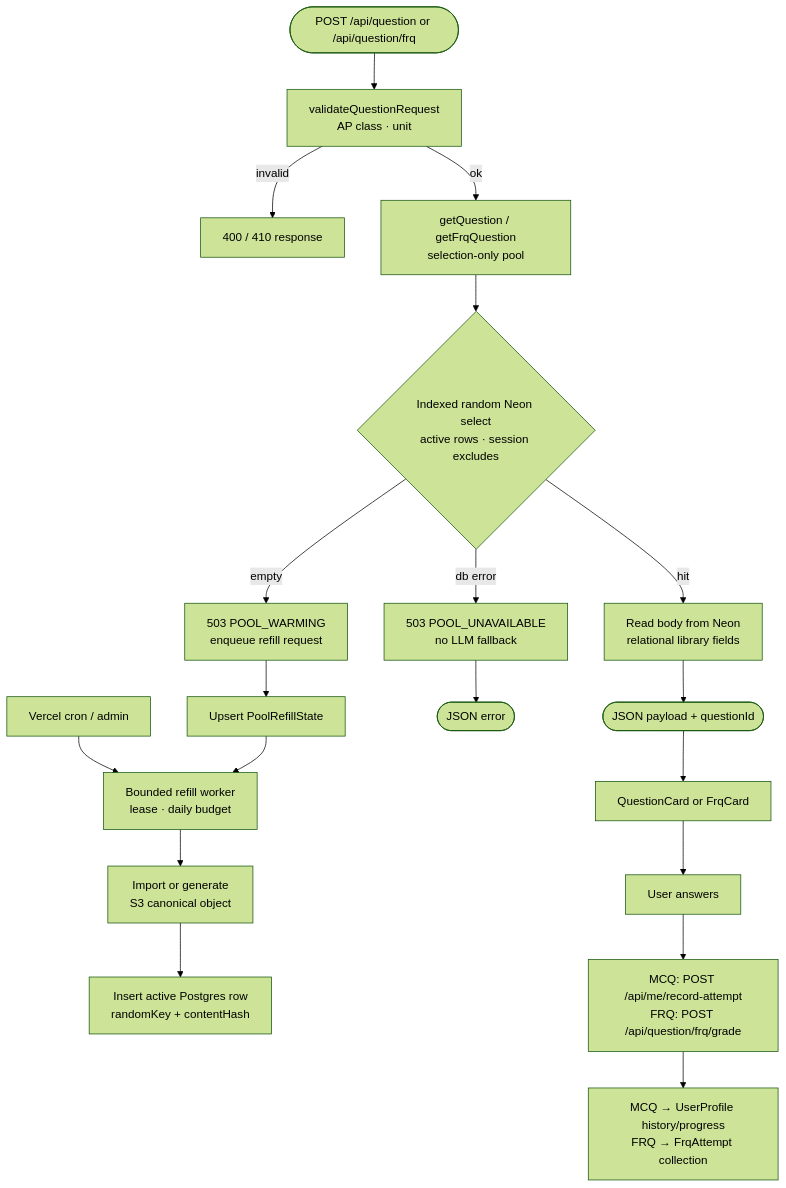
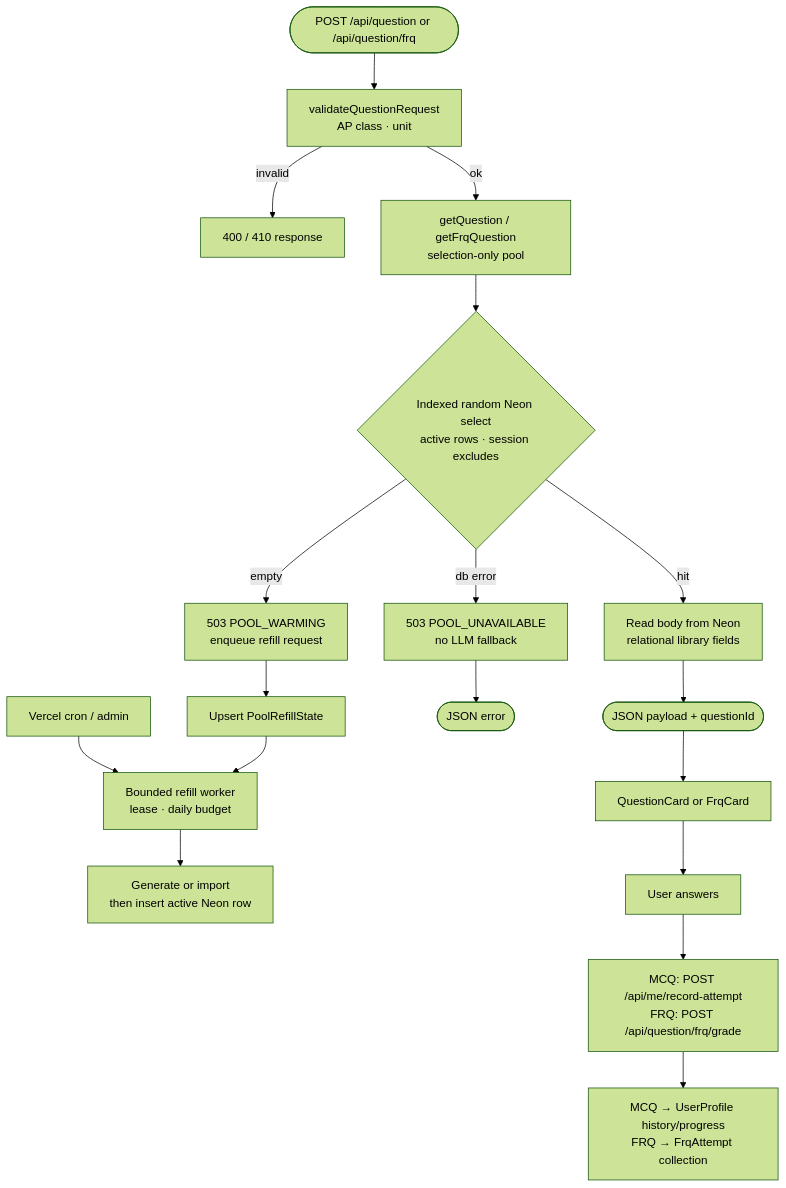
One commit to 5cisummai/freeappractice changed the fourth of 7 diagrams in docs/architecture.md. Above: the diagram before and after it, drawn with Mermaid (forest theme). The commit also changed other lines of this file and 36 other files, not shown here.

````diff
--- a/docs/architecture.md
+++ b/docs/architecture.md
@@ -188,25 +186,24 @@
 ```mermaid
 flowchart TD
     Start(["POST /api/question or /api/question/frq"]) --> Validate["validateQuestionRequest<br/>AP class · unit"]
     Validate -->|invalid| Err400["400 / 410 response"]
     Validate -->|ok| Pool["getQuestion / getFrqQuestion<br/>selection-only pool"]
 
     Pool --> Select{"Indexed random Neon select<br/>active rows · session excludes"}
     Select -->|hit| LoadInline["Read body from Neon<br/>relational library fields"]
     Select -->|empty| Warming["503 POOL_WARMING<br/>enqueue refill request"]
     Select -->|db error| Unavailable["503 POOL_UNAVAILABLE<br/>no LLM fallback"]
 
     LoadInline --> Return(["JSON payload + questionId"])
     Warming --> RefillReq["Upsert PoolRefillState"]
     Unavailable --> ReturnErr(["JSON error"])
 
     Cron["Vercel cron / admin"] --> Worker["Bounded refill worker<br/>lease · daily budget"]
     RefillReq --> Worker
-    Worker --> S3First["Import or generate<br/>S3 canonical object"]
-    S3First --> NeonInsert["Insert active Postgres row<br/>randomKey + contentHash"]
+    Worker --> NeonInsert["Generate or import<br/>then insert active Neon row"]
 
     Return --> UI["QuestionCard or FrqCard"]
     UI --> Attempt["User answers"]
     Attempt --> Record["MCQ: POST /api/me/record-attempt<br/>FRQ: POST /api/question/frq/grade"]
     Record --> Profile["MCQ → UserProfile history/progress<br/>FRQ → FrqAttempt collection"]
 ```
````
